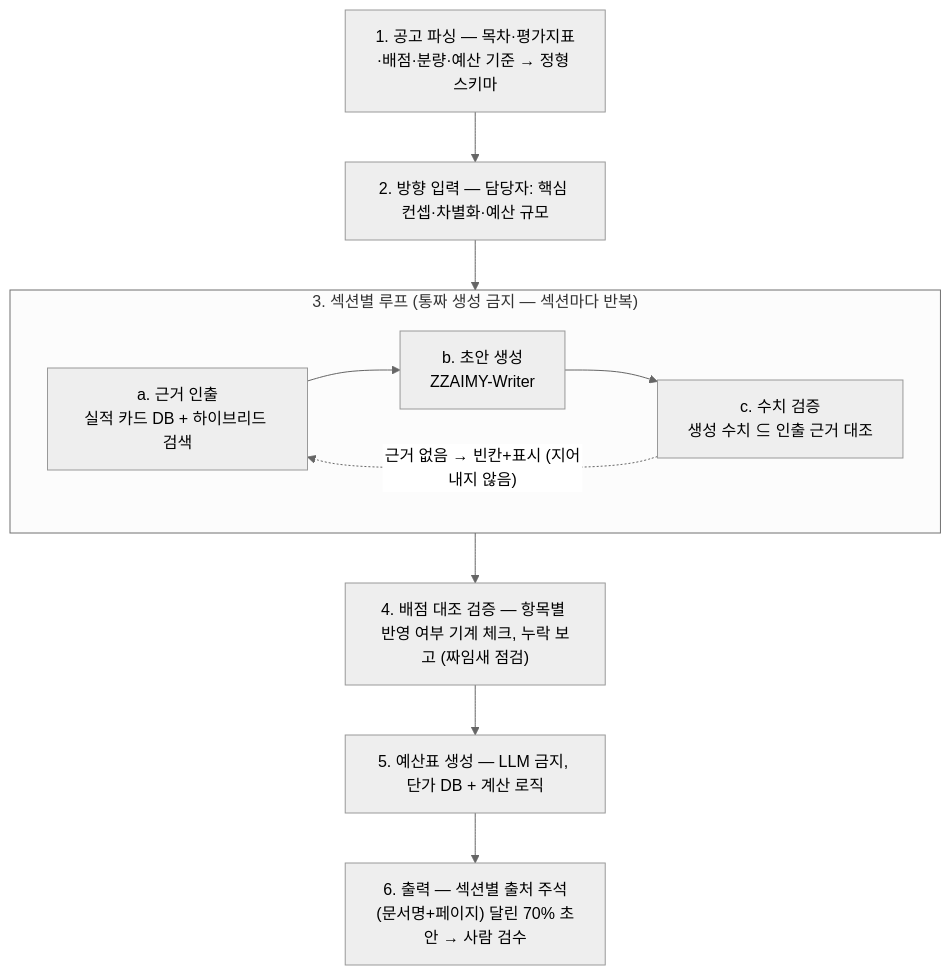
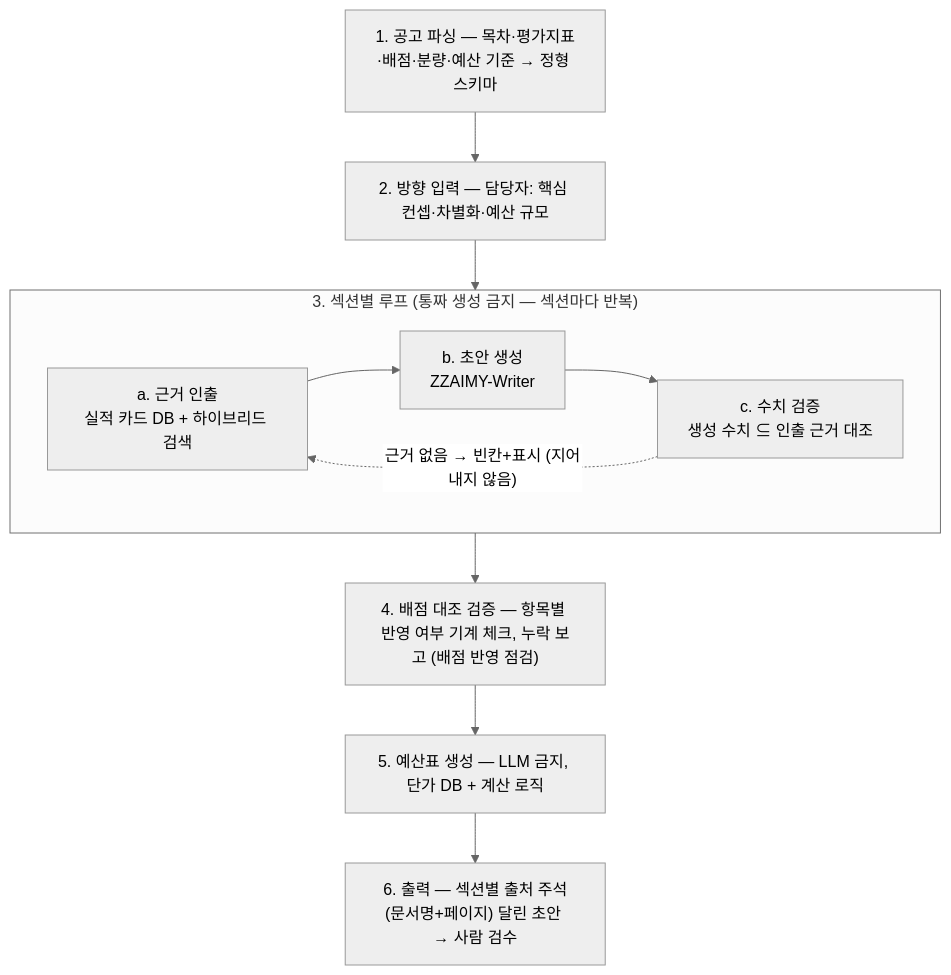
Before and after one commit to mimonimo/aura: the third of 5 diagrams in research/02-system-overview.md, drawn with Mermaid (neutral theme). The commit also changed other lines of this file and 40 other files, not shown here.

````diff
--- a/research/02-system-overview.md
+++ b/research/02-system-overview.md
@@ -74,17 +74,17 @@
 ```mermaid
 flowchart TB
     s1["1. 공고 파싱 — 목차·평가지표·배점·분량·예산 기준 → 정형 스키마"]
     s2["2. 방향 입력 — 담당자: 핵심 컨셉·차별화·예산 규모"]
     subgraph LOOP["3. 섹션별 루프 (통짜 생성 금지 — 섹션마다 반복)"]
         a["a. 근거 인출<br/>실적 카드 DB + 하이브리드 검색"]
         b["b. 초안 생성<br/>ZZAIMY-Writer"]
         c["c. 수치 검증<br/>생성 수치 ⊆ 인출 근거 대조"]
         a --> b --> c
         c -.근거 없음 → 빈칸+표시 (지어내지 않음).-> a
     end
-    s4["4. 배점 대조 검증 — 항목별 반영 여부 기계 체크, 누락 보고 (짜임새 점검)"]
+    s4["4. 배점 대조 검증 — 항목별 반영 여부 기계 체크, 누락 보고 (배점 반영 점검)"]
     s5["5. 예산표 생성 — LLM 금지, 단가 DB + 계산 로직"]
-    s6["6. 출력 — 섹션별 출처 주석(문서명+페이지) 달린 70% 초안 → 사람 검수"]
+    s6["6. 출력 — 섹션별 출처 주석(문서명+페이지) 달린 초안 → 사람 검수"]
 
     s1 --> s2 --> LOOP --> s4 --> s5 --> s6
 ```
````
